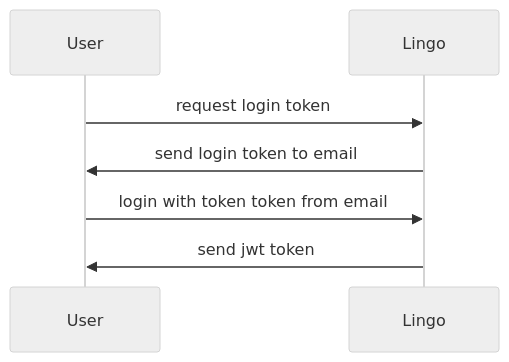
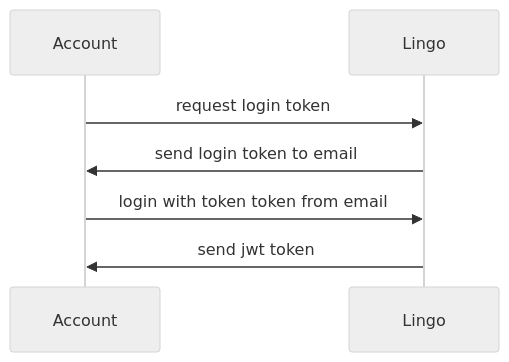
The second of 3 diagrams in README.md (extreme-business/lingo), drawn with Mermaid (neutral theme) before and after one commit. The commit also changed other lines of this file and 29 other files, not shown here.

````diff
--- a/README.md
+++ b/README.md
@@ -44,7 +51,7 @@
 ```mermaid
 sequenceDiagram
-    User->>Lingo: request login token
-    Lingo->>User: send login token to email
-    User->>Lingo: login with token token from email
-    Lingo->>User: send jwt token
+    Account->>Lingo: request login token
+    Lingo->>Account: send login token to email
+    Account->>Lingo: login with token token from email
+    Lingo->>Account: send jwt token
 ```
````
